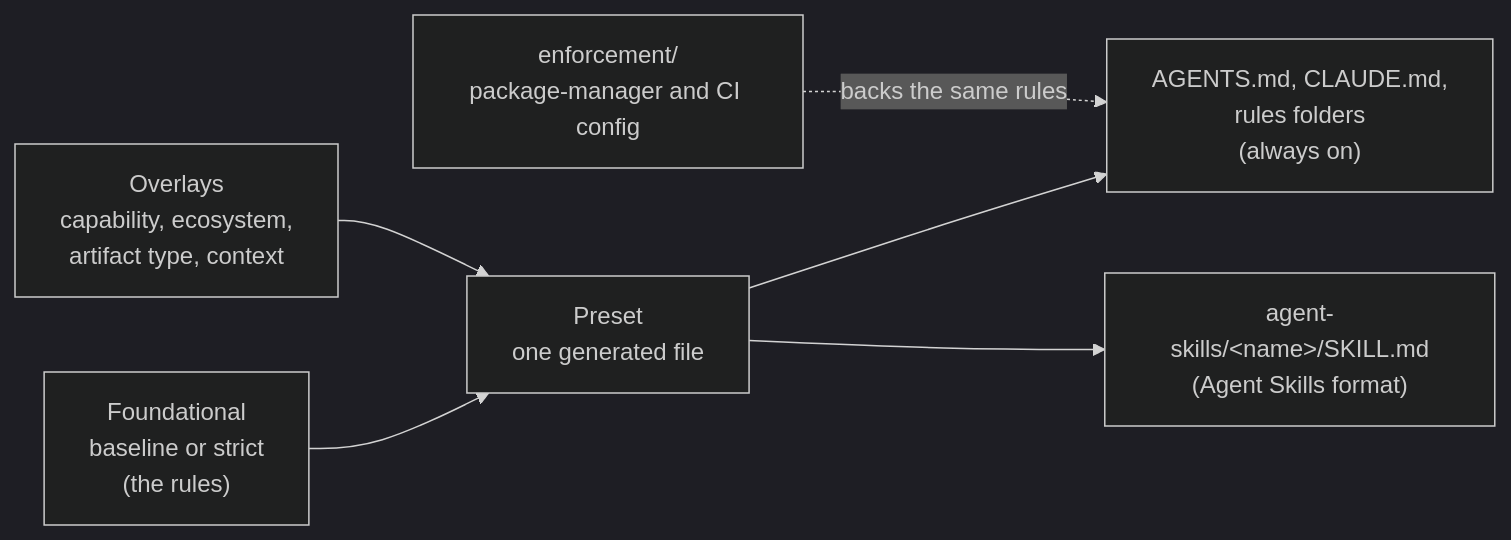
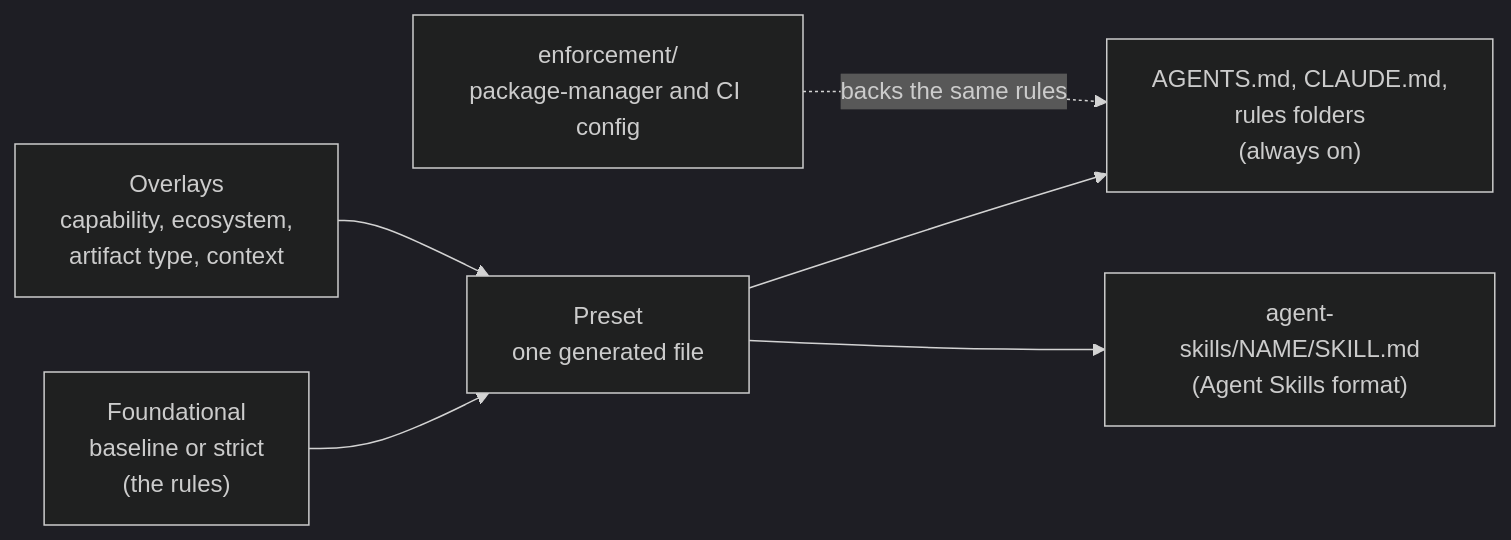
One commit to harinee/agent-oss-dependency-policy changed the diagram in README.md. Above: the diagram before and after it, drawn with Mermaid (dark theme). The commit also changed other lines of this file and 1 other file, not shown here.

````diff
--- a/README.md
+++ b/README.md
@@ -87,8 +88,8 @@
 ```mermaid
 flowchart LR
     F["Foundational<br/>baseline or strict<br/>(the rules)"] --> P["Preset<br/>one generated file"]
     O["Overlays<br/>capability, ecosystem,<br/>artifact type, context"] --> P
     P --> A["AGENTS.md, CLAUDE.md,<br/>rules folders<br/>(always on)"]
-    P --> S["agent-skills/&lt;name&gt;/SKILL.md<br/>(Agent Skills format)"]
+    P --> S["agent-skills/NAME/SKILL.md<br/>(Agent Skills format)"]
     E["enforcement/<br/>package-manager and CI config"] -. backs the same rules .-> A
 ```
````
